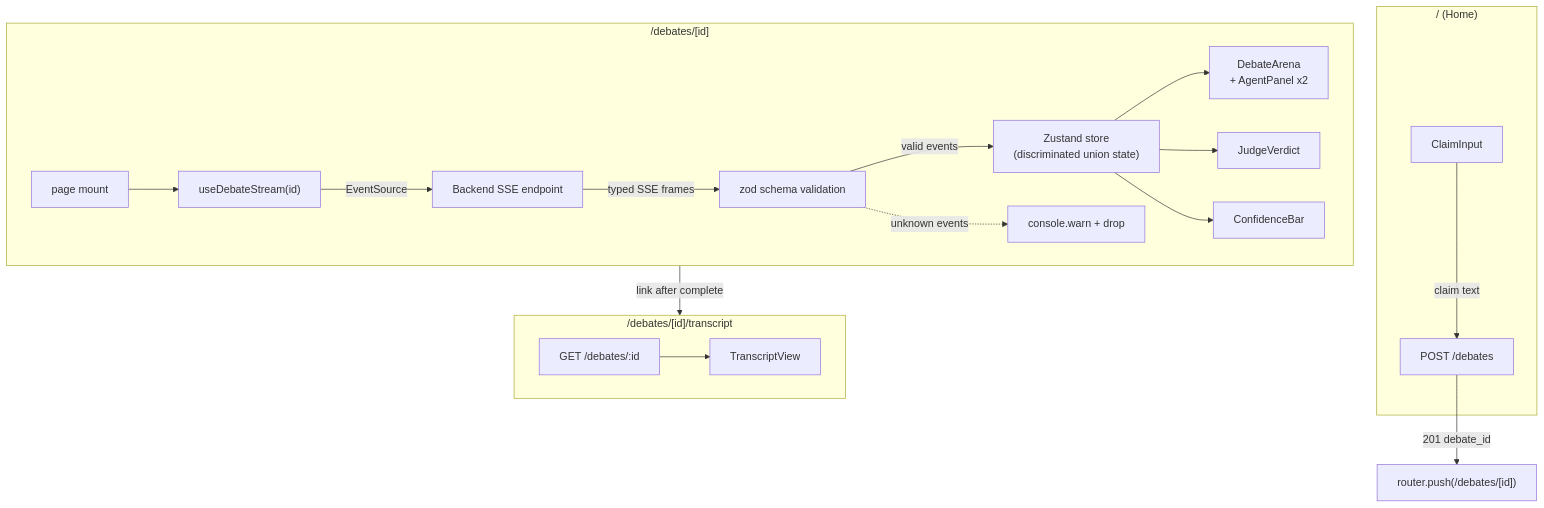
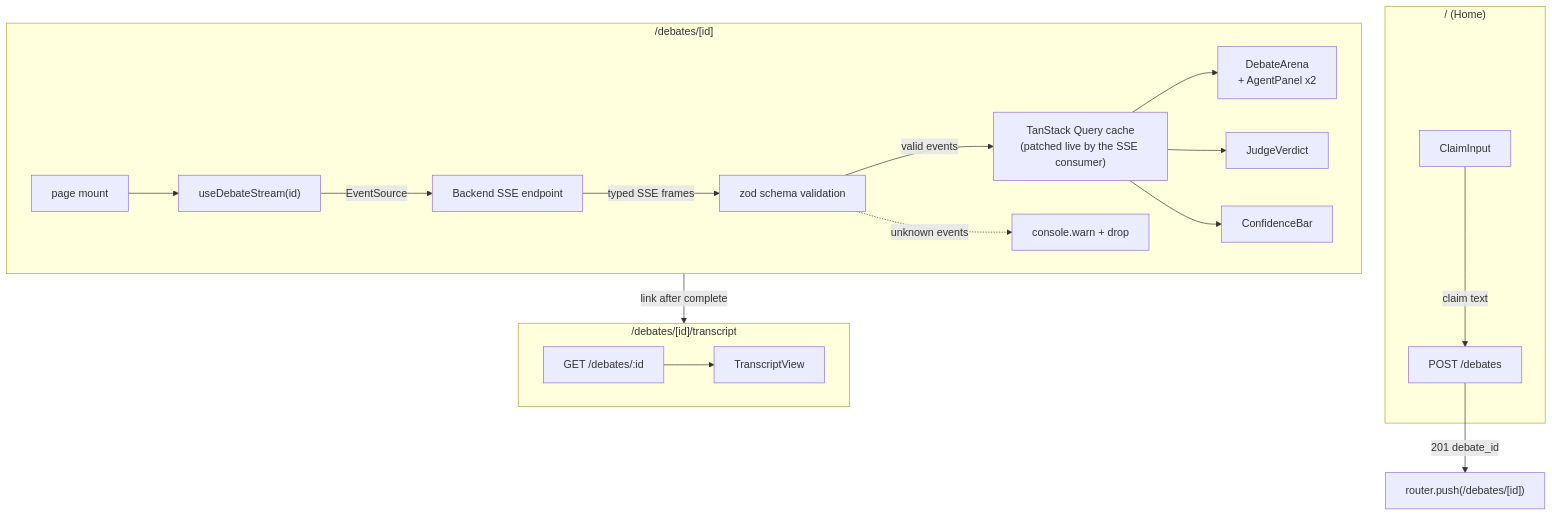
The second of 3 diagrams in docs/ARCHITECTURE.md (Abdul-Muizz1310/paper-trail-frontend), drawn with Mermaid before and after one commit. The commit also changed other lines of this file and 3 other files, not shown here.

First line of the commit message:
docs: describe the real TanStack Query state; drop unused zustand

````diff
--- a/docs/ARCHITECTURE.md
+++ b/docs/ARCHITECTURE.md
@@ -37,25 +37,25 @@
 ```mermaid
 flowchart TD
     subgraph HomePage ["/ (Home)"]
         ClaimInput[ClaimInput] -->|claim text| POST["POST /debates"]
     end
 
     POST -->|201 debate_id| Navigate["router.push(/debates/[id])"]
 
     subgraph DebateView ["/debates/[id]"]
         Mount["page mount"] --> SSEHook["useDebateStream(id)"]
         SSEHook -->|EventSource| Backend["Backend SSE endpoint"]
         Backend -->|typed SSE frames| Validate["zod schema validation"]
-        Validate -->|valid events| ZustandStore["Zustand store<br/>(discriminated union state)"]
+        Validate -->|valid events| Cache["TanStack Query cache<br/>(patched live by the SSE consumer)"]
         Validate -.->|unknown events| Log["console.warn + drop"]
-        ZustandStore --> ArenaView["DebateArena<br/>+ AgentPanel x2"]
-        ZustandStore --> VerdictView["JudgeVerdict"]
-        ZustandStore --> ConfBar["ConfidenceBar"]
+        Cache --> ArenaView["DebateArena<br/>+ AgentPanel x2"]
+        Cache --> VerdictView["JudgeVerdict"]
+        Cache --> ConfBar["ConfidenceBar"]
     end
 
     subgraph TranscriptPage ["/debates/[id]/transcript"]
         Fetch["GET /debates/:id"] --> TranscriptComp["TranscriptView"]
     end
 
     DebateView -->|link after complete| TranscriptPage
 ```
````
